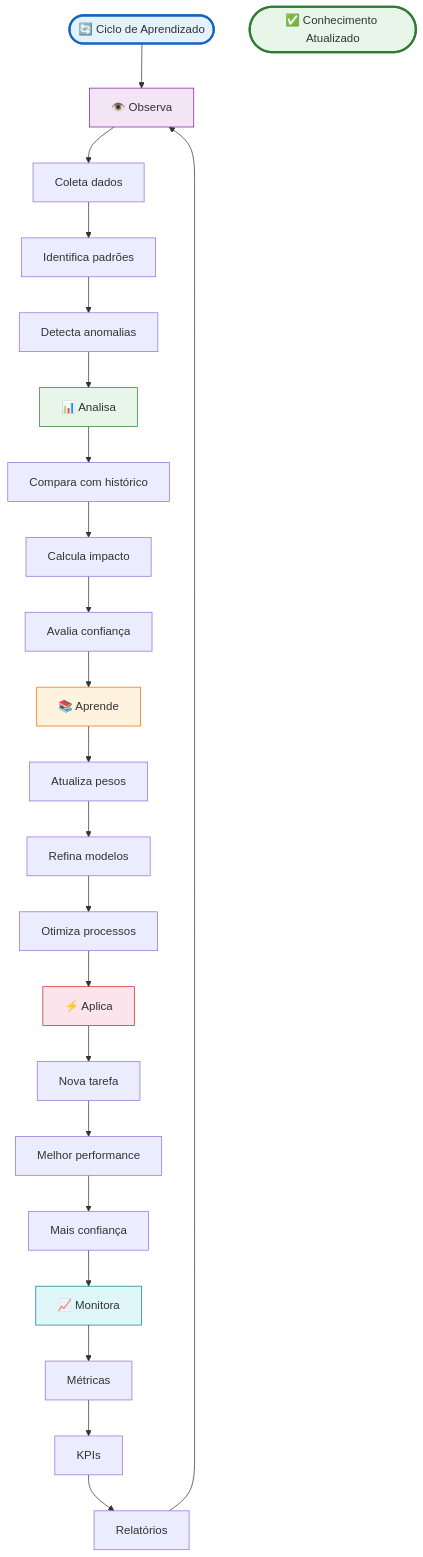
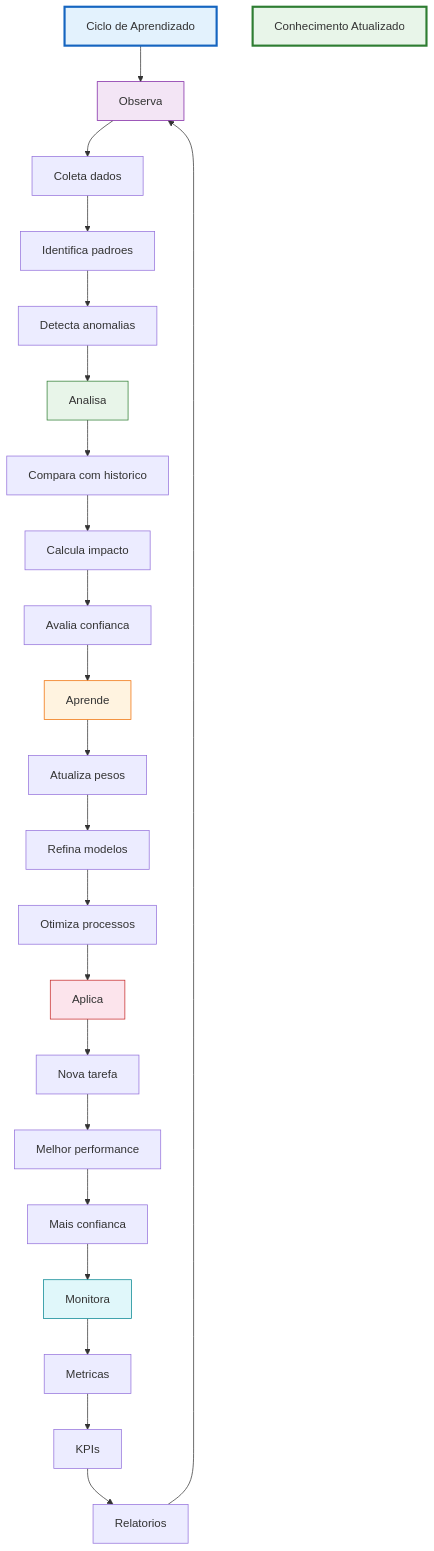
Before and after one commit to MarceloClaro/opencode-ecosystem-core: the tenth of 22 diagrams in README.md, drawn with Mermaid. The commit also changed other lines of this file, not shown here.

````diff
--- a/README.md
+++ b/README.md
@@ -753,39 +681,39 @@
 ```mermaid
 flowchart TD
-    START2(["🔄 Ciclo de Aprendizado"]) --> OBSERVE["👁️ Observa"]
-    
+    START4["Ciclo de Aprendizado"] --> OBSERVE["Observa"]
+
     OBSERVE --> O1["Coleta dados"]
-    O1 --> O2["Identifica padrões"]
+    O1 --> O2["Identifica padroes"]
     O2 --> O3["Detecta anomalias"]
-    O3 --> ANALYZE["📊 Analisa"]
+    O3 --> ANALYZE["Analisa"]
 
-    ANALYZE --> A1["Compara com histórico"]
+    ANALYZE --> A1["Compara com historico"]
     A1 --> A2["Calcula impacto"]
-    A2 --> A3["Avalia confiança"]
-    A3 --> LEARN["📚 Aprende"]
+    A2 --> A3["Avalia confianca"]
+    A3 --> LEARN["Aprende"]
 
     LEARN --> L1["Atualiza pesos"]
     L1 --> L2["Refina modelos"]
     L2 --> L3["Otimiza processos"]
-    L3 --> APPLY["⚡ Aplica"]
+    L3 --> APPLY["Aplica"]
 
     APPLY --> AP1["Nova tarefa"]
     AP1 --> AP2["Melhor performance"]
-    AP2 --> AP3["Mais confiança"]
-    AP3 --> MONITOR["📈 Monitora"]
+    AP2 --> AP3["Mais confianca"]
+    AP3 --> MONITOR["Monitora"]
 
-    MONITOR --> M1["Métricas"]
+    MONITOR --> M1["Metricas"]
     M1 --> M2["KPIs"]
-    M2 --> M3["Relatórios"]
+    M2 --> M3["Relatorios"]
     M3 --> OBSERVE
 
-    DONE2(["✅ Conhecimento Atualizado"])
+    DONE4["Conhecimento Atualizado"]
 
-    style START2 fill:#e3f2fd,stroke:#1565c0,stroke-width:3px
+    style START4 fill:#e3f2fd,stroke:#1565c0,stroke-width:3px
     style OBSERVE fill:#f3e5f5,stroke:#7b1fa2
     style ANALYZE fill:#e8f5e9,stroke:#2e7d32
     style LEARN fill:#fff3e0,stroke:#ef6c00
     style APPLY fill:#fce4ec,stroke:#c62828
     style MONITOR fill:#e0f7fa,stroke:#00838f
-    style DONE2 fill:#e8f5e9,stroke:#2e7d32,stroke-width:3px
+    style DONE4 fill:#e8f5e9,stroke:#2e7d32,stroke-width:3px
 ```
````
